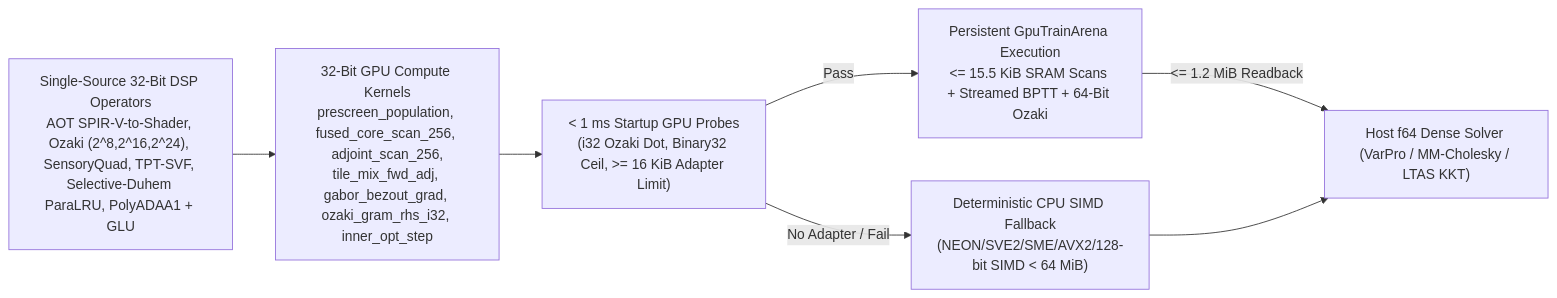
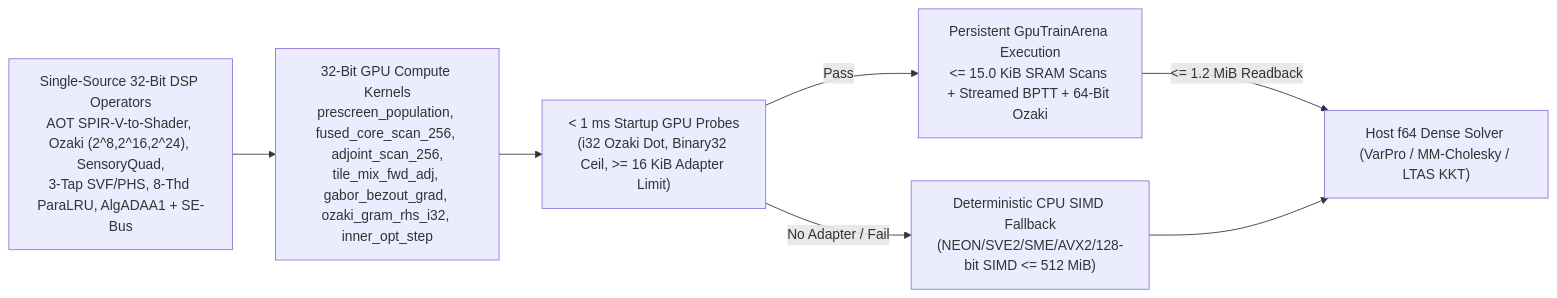
The second of 2 diagrams in docs/specs/training/webgpu_and_varpro_solver.md (mokugen/dnam), drawn with Mermaid before and after one commit. The commit also changed other lines of this file and 16 other files, not shown here.

````diff
--- a/docs/specs/training/webgpu_and_varpro_solver.md
+++ b/docs/specs/training/webgpu_and_varpro_solver.md
@@ -297,9 +315,9 @@
 ```mermaid
 flowchart LR
-    Kernels["Single-Source 32-Bit DSP Operators<br/>AOT SPIR-V-to-Shader, Ozaki (2^8,2^16,2^24), SensoryQuad, TPT-SVF, Selective-Duhem ParaLRU, PolyADAA1 + GLU"] --> Shaders["32-Bit GPU Compute Kernels<br/>prescreen_population, fused_core_scan_256, adjoint_scan_256,<br/>tile_mix_fwd_adj, gabor_bezout_grad, ozaki_gram_rhs_i32, inner_opt_step"]
+    Kernels["Single-Source 32-Bit DSP Operators<br/>AOT SPIR-V-to-Shader, Ozaki (2^8,2^16,2^24), SensoryQuad,<br/>3-Tap SVF/PHS, 8-Thd ParaLRU, AlgADAA1 + SE-Bus"] --> Shaders["32-Bit GPU Compute Kernels<br/>prescreen_population, fused_core_scan_256, adjoint_scan_256,<br/>tile_mix_fwd_adj, gabor_bezout_grad, ozaki_gram_rhs_i32, inner_opt_step"]
     Shaders --> Probe["< 1 ms Startup GPU Probes<br/>(i32 Ozaki Dot, Binary32 Ceil, >= 16 KiB Adapter Limit)"]
-    Probe -->|"Pass"| GPU["Persistent GpuTrainArena Execution<br/><= 15.5 KiB SRAM Scans + Streamed BPTT + 64-Bit Ozaki"]
-    Probe -->|"No Adapter / Fail"| CPU["Deterministic CPU SIMD Fallback<br/>(NEON/SVE2/SME/AVX2/128-bit SIMD < 64 MiB)"]
+    Probe -->|"Pass"| GPU["Persistent GpuTrainArena Execution<br/><= 15.0 KiB SRAM Scans + Streamed BPTT + 64-Bit Ozaki"]
+    Probe -->|"No Adapter / Fail"| CPU["Deterministic CPU SIMD Fallback<br/>(NEON/SVE2/SME/AVX2/128-bit SIMD <= 512 MiB)"]
     GPU -->|"<= 1.2 MiB Readback"| Host["Host f64 Dense Solver (VarPro / MM-Cholesky / LTAS KKT)"]
     CPU --> Host
 ```
````
